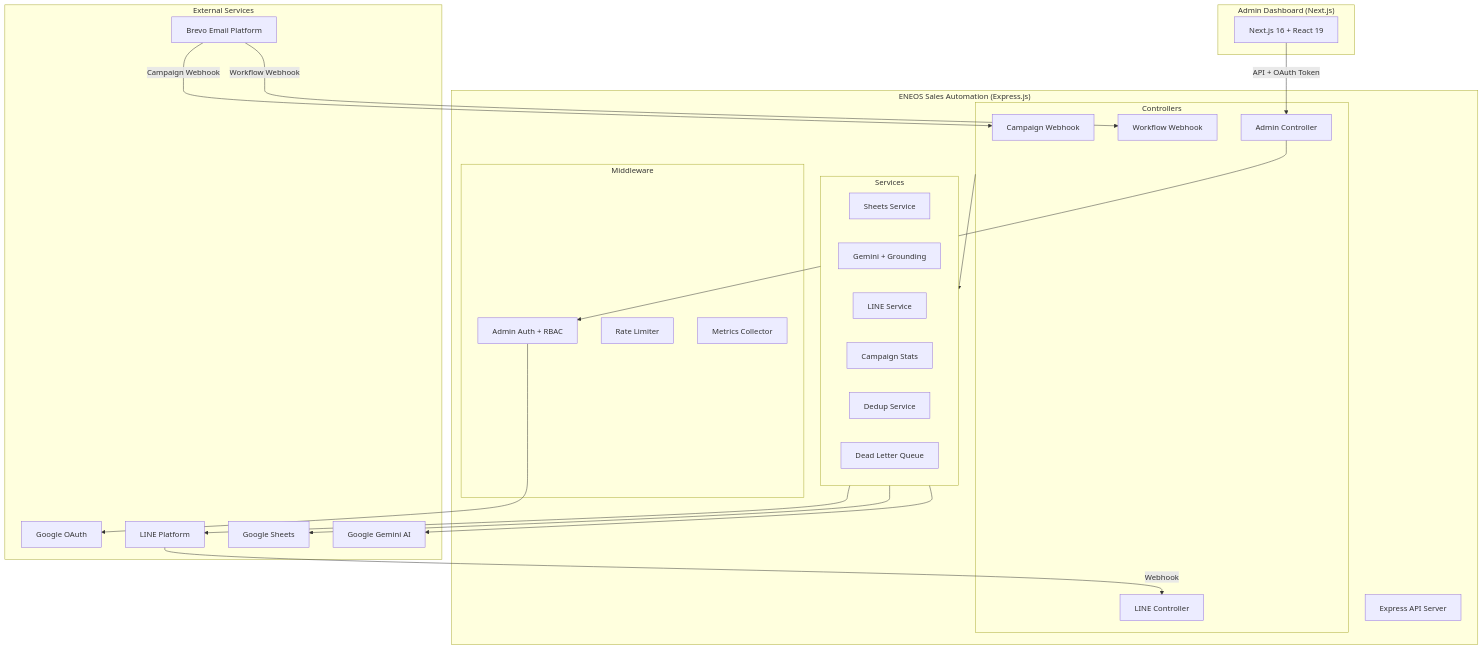
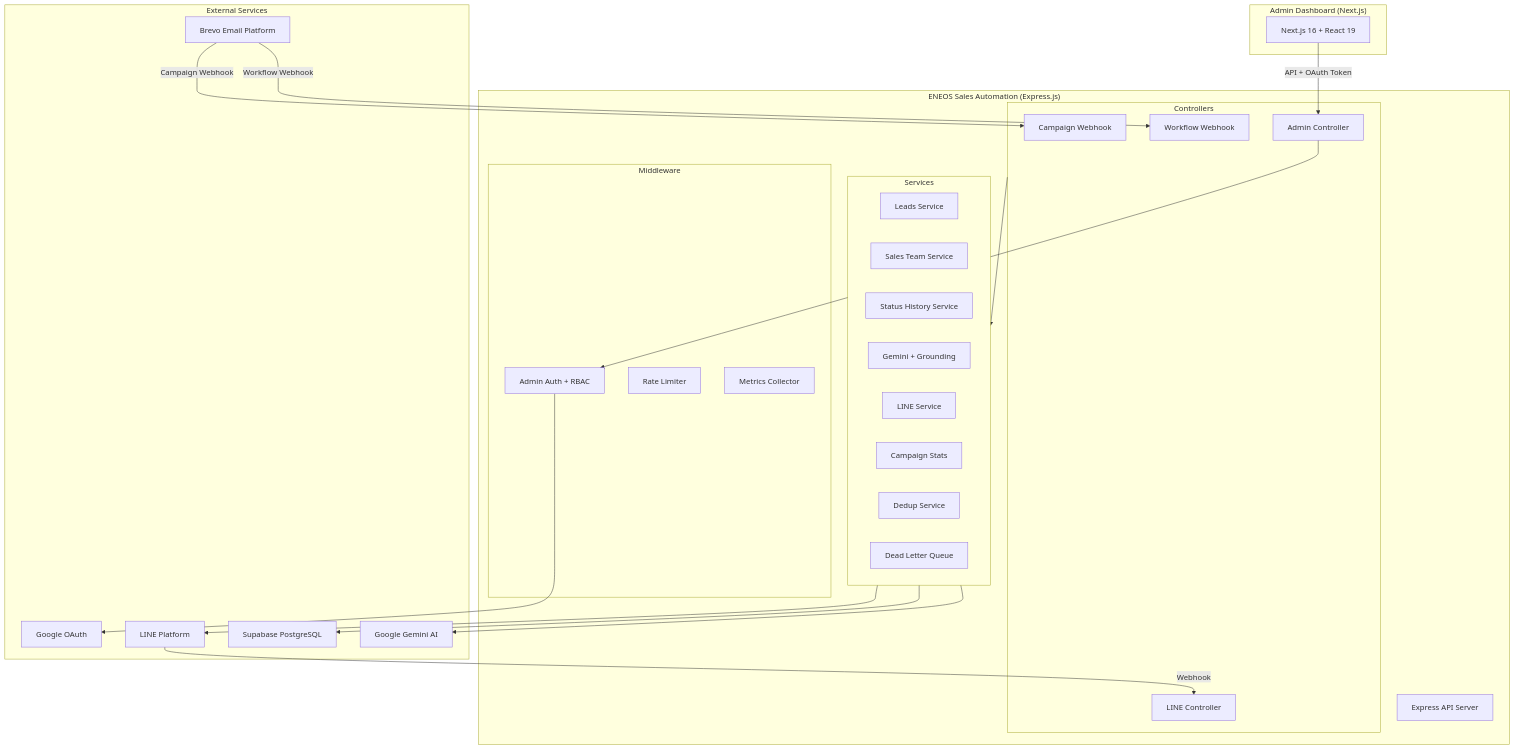
Before and after one commit to Jirawatpyk/ENEOS-Sales-Automation: the first of 12 diagrams in docs/ARCHITECTURE.md, drawn with Mermaid. The commit also changed other lines of this file and 40 other files, not shown here.

First line of the commit message:
feat: cleanup Google Sheets dependencies + update all docs to Supabase (Story 9-4)

````diff
--- a/docs/ARCHITECTURE.md
+++ b/docs/ARCHITECTURE.md
@@ -48,51 +48,53 @@
 ```mermaid
 graph TB
     subgraph External["External Services"]
         Brevo[Brevo Email Platform]
         LINE[LINE Platform]
         Gemini[Google Gemini AI]
-        Sheets[Google Sheets]
+        DB[Supabase PostgreSQL]
         Google[Google OAuth]
     end
 
     subgraph Dashboard["Admin Dashboard (Next.js)"]
         NextJS[Next.js 16 + React 19]
     end
 
     subgraph App["ENEOS Sales Automation (Express.js)"]
         API[Express API Server]
 
         subgraph Controllers
             WebhookCtrl[Workflow Webhook]
             CampaignCtrl[Campaign Webhook]
             LineCtrl[LINE Controller]
             AdminCtrl[Admin Controller]
         end
 
         subgraph Services
-            SheetsService[Sheets Service]
+            LeadsService[Leads Service]
+            SalesTeamService[Sales Team Service]
+            StatusHistoryService[Status History Service]
             GeminiService[Gemini + Grounding]
             LineService[LINE Service]
             CampaignStats[Campaign Stats]
             DedupService[Dedup Service]
             DLQ[Dead Letter Queue]
         end
 
         subgraph Middleware
             AdminAuth[Admin Auth + RBAC]
             RateLimit[Rate Limiter]
             Metrics[Metrics Collector]
         end
     end
 
     Brevo -->|Workflow Webhook| WebhookCtrl
     Brevo -->|Campaign Webhook| CampaignCtrl
     LINE -->|Webhook| LineCtrl
     NextJS -->|API + OAuth Token| AdminCtrl
     AdminCtrl --> AdminAuth
     AdminAuth --> Google
     Controllers --> Services
     Services --> Gemini
-    Services --> Sheets
+    Services --> DB
     Services --> LINE
 ```
````
